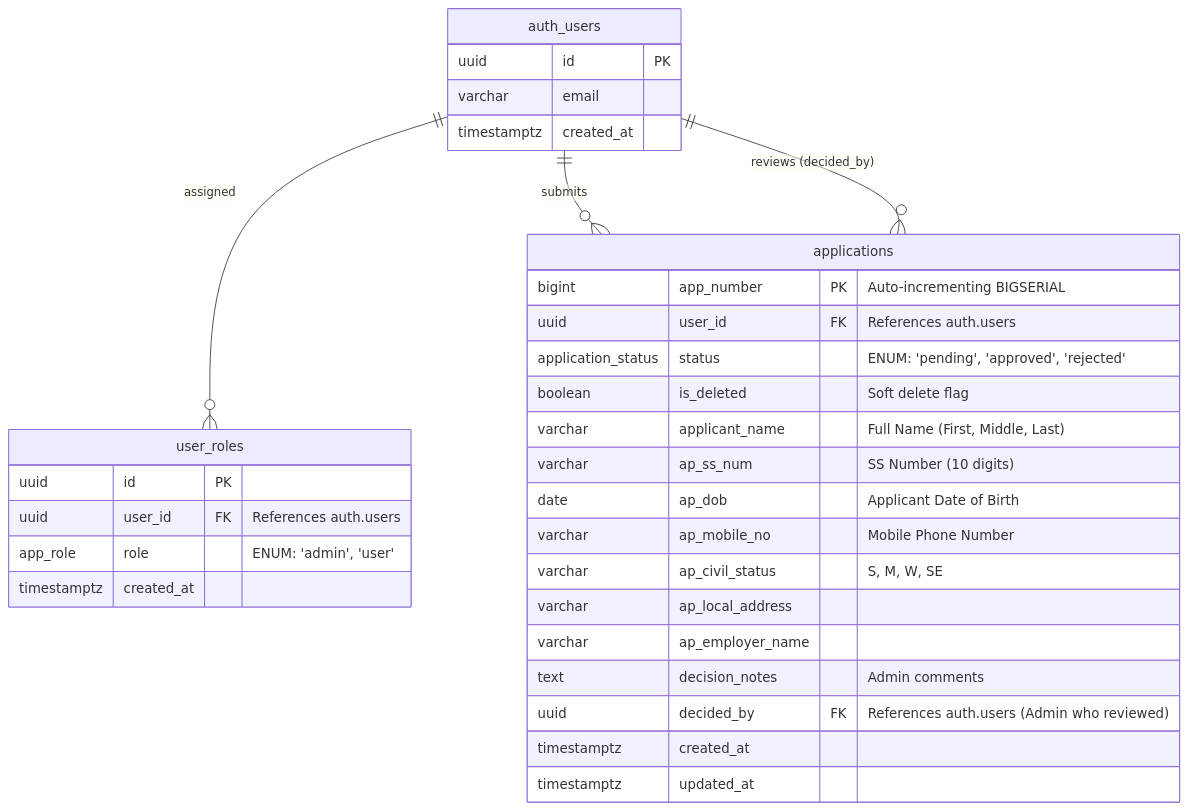
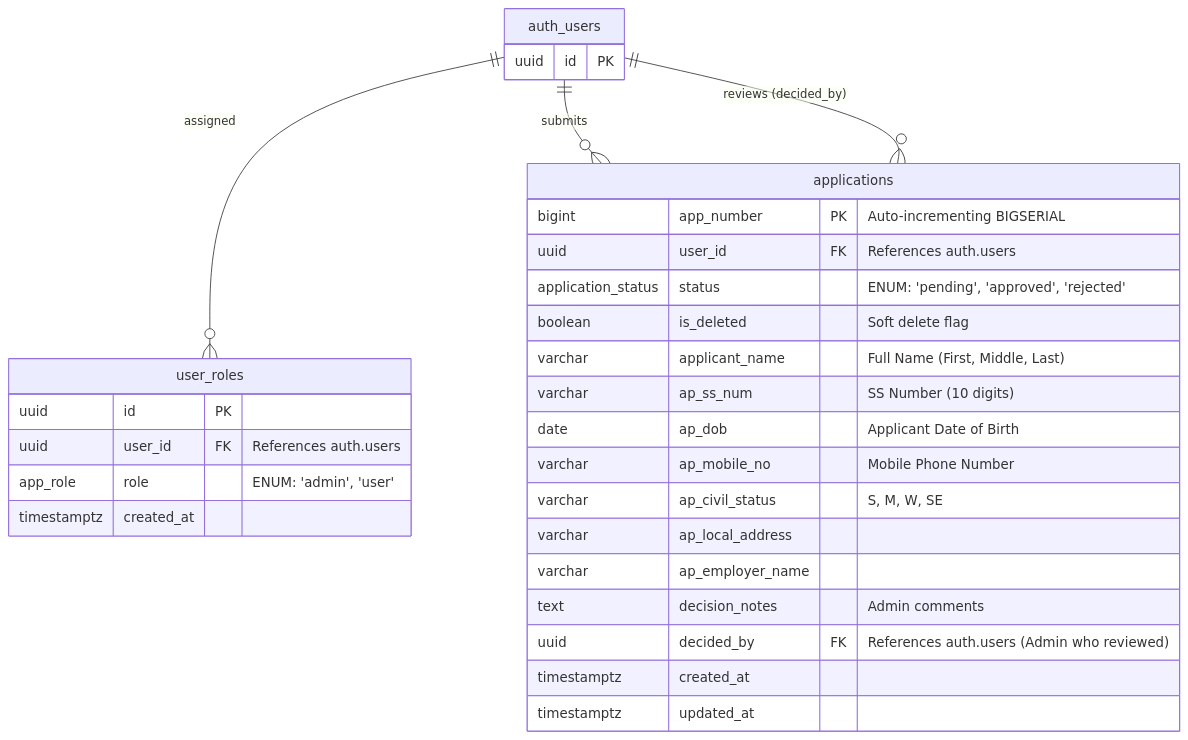
The third of 3 diagrams in technical_documentation.md (djhizon/sss_sql), drawn with Mermaid before and after one commit. The commit also changed other lines of this file, not shown here.

Commit message:
docs: update technical documentation to clarify user registration data handling and enhance entity-relationship diagrams

````diff
--- a/technical_documentation.md
+++ b/technical_documentation.md
@@ -82,37 +106,35 @@
 ```mermaid
 erDiagram
     auth_users {
         uuid id PK
-        varchar email
-        timestamptz created_at
     }
     
     user_roles {
         uuid id PK
         uuid user_id FK "References auth.users"
         app_role role "ENUM: 'admin', 'user'"
         timestamptz created_at
     }
     
     applications {
         bigint app_number PK "Auto-incrementing BIGSERIAL"
         uuid user_id FK "References auth.users"
         application_status status "ENUM: 'pending', 'approved', 'rejected'"
         boolean is_deleted "Soft delete flag"
         varchar applicant_name "Full Name (First, Middle, Last)"
         varchar ap_ss_num "SS Number (10 digits)"
         date ap_dob "Applicant Date of Birth"
         varchar ap_mobile_no "Mobile Phone Number"
         varchar ap_civil_status "S, M, W, SE"
         varchar ap_local_address
         varchar ap_employer_name
         text decision_notes "Admin comments"
         uuid decided_by FK "References auth.users (Admin who reviewed)"
         timestamptz created_at
         timestamptz updated_at
     }
     
     auth_users ||--o{ user_roles : "assigned"
     auth_users ||--o{ applications : "submits"
     auth_users ||--o{ applications : "reviews (decided_by)"
 ```
````
